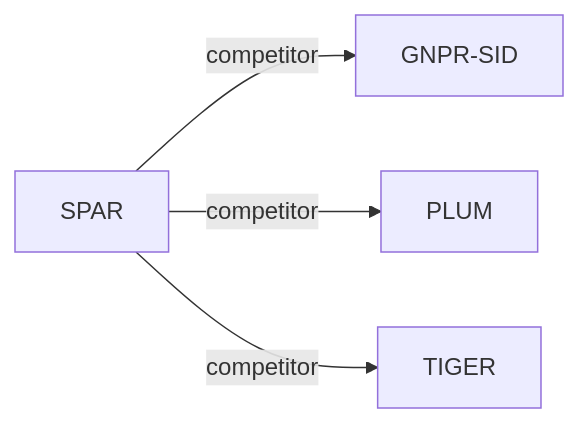
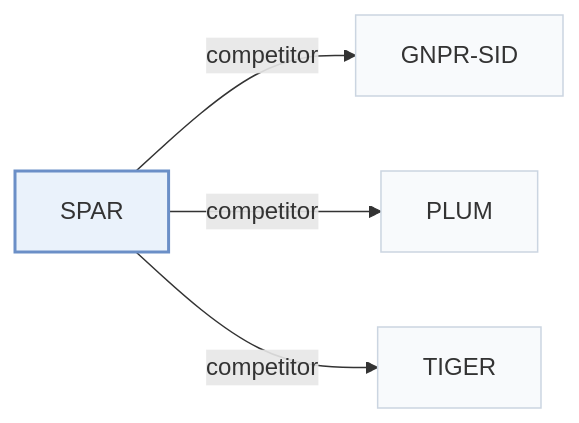
Before and after one commit to Galaxy-ghost/Awesome-SID-Generative-Rec: the second of 2 diagrams in pages/papers/spar.md, drawn with Mermaid. The commit also changed other lines of this file and 649 other files, not shown here.

Commit message:
writer-05: also tags and modality index (schema, check, build, visuals); summary field removed; calibration data for 12 papers

````diff
--- a/pages/papers/spar.md
+++ b/pages/papers/spar.md
@@ -69,7 +73,11 @@
 ```mermaid
 flowchart LR
     P["SPAR"]
-    P -->|competitor| A["GNPR-SID"]
-    P -->|competitor| B["PLUM"]
-    P -->|competitor| C["TIGER"]
+    P -->|"competitor"| A["GNPR-SID"]
+    P -->|"competitor"| B["PLUM"]
+    P -->|"competitor"| C["TIGER"]
+    classDef main fill:#eaf2fb,stroke:#6b8fc7,stroke-width:2px
+    classDef peer fill:#f8fafc,stroke:#cbd5e1
+    class P main
+    class A,B,C peer
 ```
````
